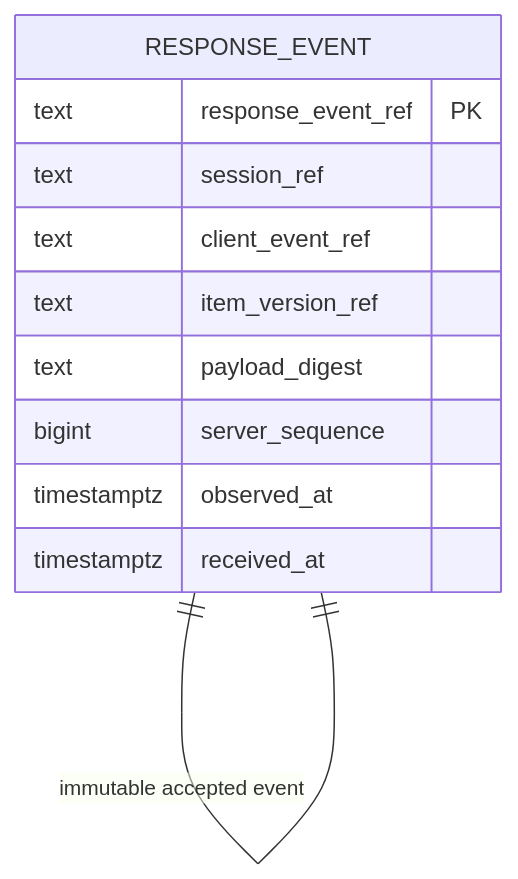
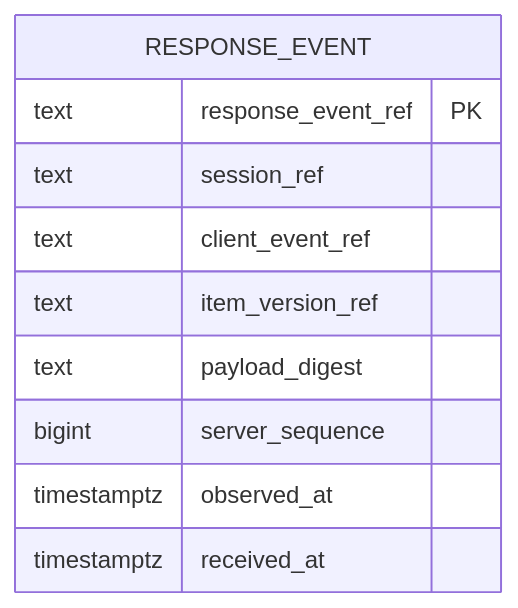
The first of 2 diagrams in docs/architecture/RESPONSE_EVENT_PERSISTENCE.md (ContextualWisdomLab/psychometrics-commons), drawn with Mermaid before and after one commit. The commit also changed 4 other files, not shown here.

````diff
--- a/docs/architecture/RESPONSE_EVENT_PERSISTENCE.md
+++ b/docs/architecture/RESPONSE_EVENT_PERSISTENCE.md
@@ -18,15 +18,14 @@
 ```mermaid
 erDiagram
     RESPONSE_EVENT {
         text response_event_ref PK
         text session_ref
         text client_event_ref
         text item_version_ref
         text payload_digest
         bigint server_sequence
         timestamptz observed_at
         timestamptz received_at
     }
 
-    RESPONSE_EVENT ||--|| RESPONSE_EVENT : "immutable accepted event"
 ```
````
